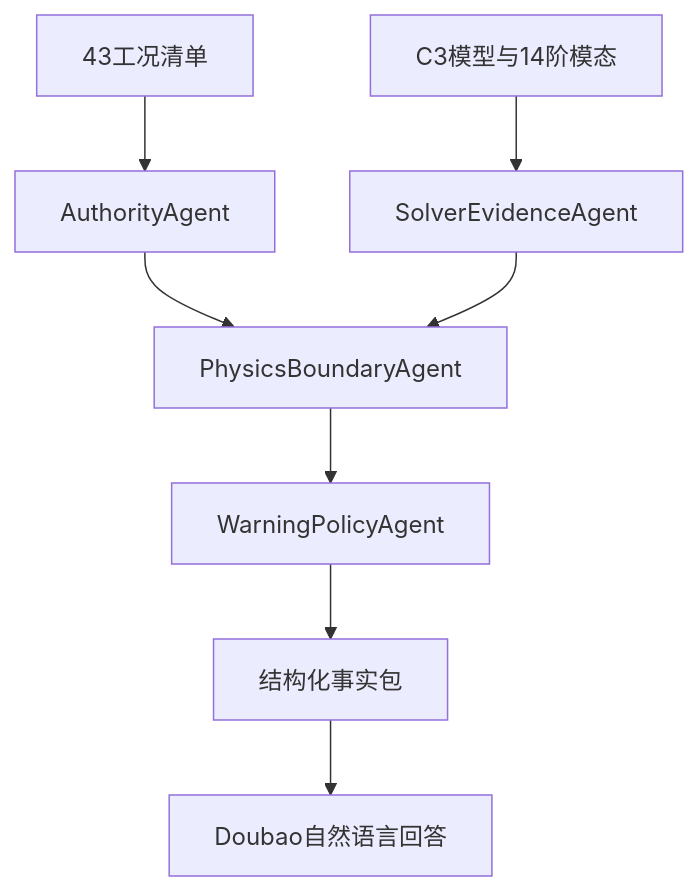
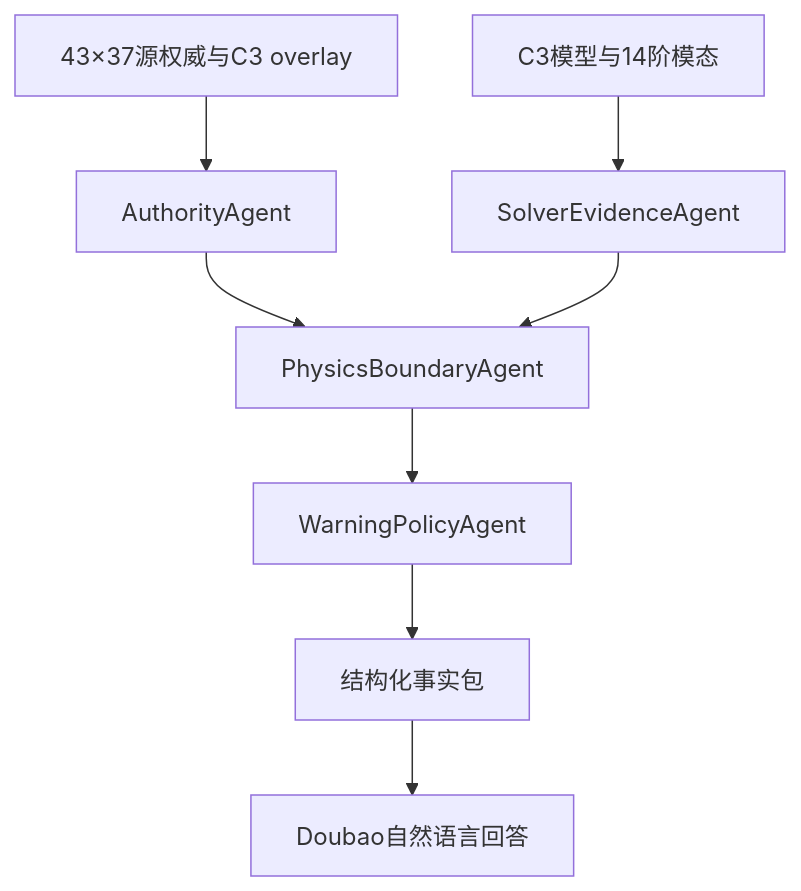
The diagram in catwalk-fem/c3-buffeting-43-kg/C3_BUFFETING_43CASES_KG.md (Hiram-test/model), drawn with Mermaid before and after one commit. The commit also changed other lines of this file and 23 other files, not shown here.

````diff
--- a/catwalk-fem/c3-buffeting-43-kg/C3_BUFFETING_43CASES_KG.md
+++ b/catwalk-fem/c3-buffeting-43-kg/C3_BUFFETING_43CASES_KG.md
@@ -7,10 +7,10 @@
 ```mermaid
 flowchart TD
-    A[43工况清单] --> C[AuthorityAgent]
+    A[43×37源权威与C3 overlay] --> C[AuthorityAgent]
     B[C3模型与14阶模态] --> D[SolverEvidenceAgent]
     C --> E[PhysicsBoundaryAgent]
     D --> E
     E --> F[WarningPolicyAgent]
     F --> G[结构化事实包]
     G --> H[Doubao自然语言回答]
 ```
````
